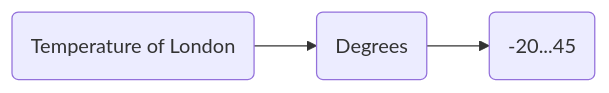
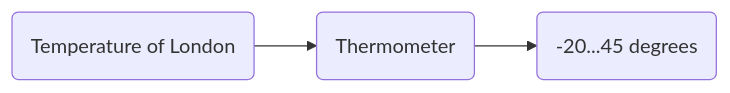
Before and after one commit to spuddybike/understanding-metadata: the eighth of 12 diagrams in docs/introduction/1.1 Research data.md, drawn with Mermaid. The commit also changed other lines of this file, not shown here.

````diff
--- a/docs/introduction/1.1 Research data.md
+++ b/docs/introduction/1.1 Research data.md
@@ -195,5 +195,5 @@
     ``` mermaid
     flowchart LR
-    tol(Temperature of London) --> de(Degrees)
-    de --> td("-20...45")
+    tol(Temperature of London) --> de(Thermometer)
+    de --> td("-20...45 degrees")
     ```
````
